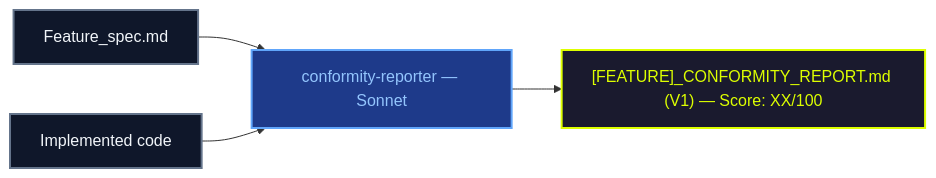
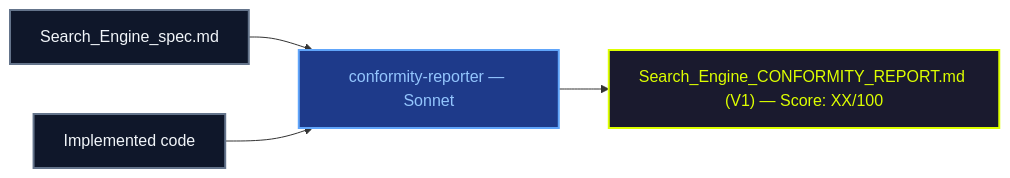
One commit to fondative/claude-code-ecosystem changed diagram 12 of 15 in docs/en/guide/methodology.md. Above: the diagram before and after it, drawn with Mermaid. The commit also changed other lines of this file and 395 other files, not shown here.

````diff
--- a/docs/en/guide/methodology.md
+++ b/docs/en/guide/methodology.md
@@ -518,19 +655,19 @@
 ```mermaid
 graph LR
-    SPEC["Feature_spec.md"]
+    SPEC["Search_Engine_spec.md"]
     CODE["Implemented code"]
     CR["conformity-reporter — Sonnet"]
-    REPORT["[FEATURE]_CONFORMITY_REPORT.md (V1) — Score: XX/100"]
+    REPORT["Search_Engine_CONFORMITY_REPORT.md (V1) — Score: XX/100"]
 
     SPEC --> CR
     CODE --> CR
     CR --> REPORT
 
     classDef input fill:#0f172a,stroke:#64748b,stroke-width:2px,color:#f1f5f9
     classDef sonnet fill:#1e3a8a,stroke:#60a5fa,stroke-width:2px,color:#93c5fd
     classDef output fill:#1a1a2e,stroke:#ddff00,stroke-width:2px,color:#ddff00
 
     class SPEC,CODE input
     class CR sonnet
     class REPORT output
 ```
````
